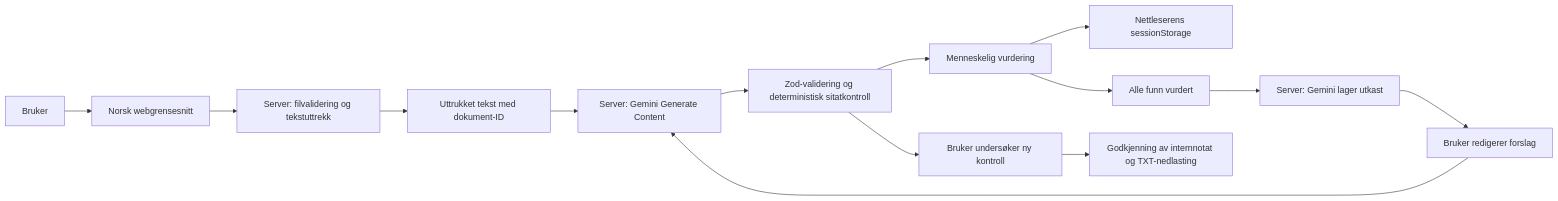
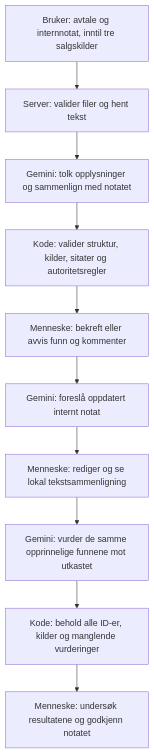
Before and after one commit to Ob1005/handover-ai: the diagram in docs/technical-guide.no.md, drawn with Mermaid. The commit also changed other lines of this file and 33 other files, not shown here.

````diff
--- a/docs/technical-guide.no.md
+++ b/docs/technical-guide.no.md
@@ -102,16 +13,12 @@
 ```mermaid
-flowchart LR
-    U[Bruker] --> W[Norsk webgrensesnitt]
-    W --> P[Server: filvalidering og tekstuttrekk]
-    P --> T[Uttrukket tekst med dokument-ID]
-    T --> G[Server: Gemini Generate Content]
-    G --> V[Zod-validering og deterministisk sitatkontroll]
-    V --> H[Menneskelig vurdering]
-    H --> S[Nettleserens sessionStorage]
-    H --> R[Alle funn vurdert]
-    R --> D[Server: Gemini lager utkast]
-    D --> E[Bruker redigerer forslag]
-    E --> G
-    V --> A[Bruker undersøker ny kontroll]
-    A --> O[Godkjenning av internnotat og TXT-nedlasting]
+flowchart TD
+    U[Bruker: avtale og internnotat, inntil tre salgskilder] --> P[Server: valider filer og hent tekst]
+    P --> G[Gemini: tolk opplysninger og sammenlign med notatet]
+    G --> V[Kode: valider struktur, kilder, sitater og autoritetsregler]
+    V --> H[Menneske: bekreft eller avvis funn og kommenter]
+    H --> F[Gemini: foreslå oppdatert internt notat]
+    F --> E[Menneske: rediger og se lokal tekstsammenligning]
+    E --> R[Gemini: vurder de samme opprinnelige funnene mot utkastet]
+    R --> K[Kode: behold alle ID-er, kilder og manglende vurderinger]
+    K --> A[Menneske: undersøk resultatene og godkjenn notatet]
 ```
````
